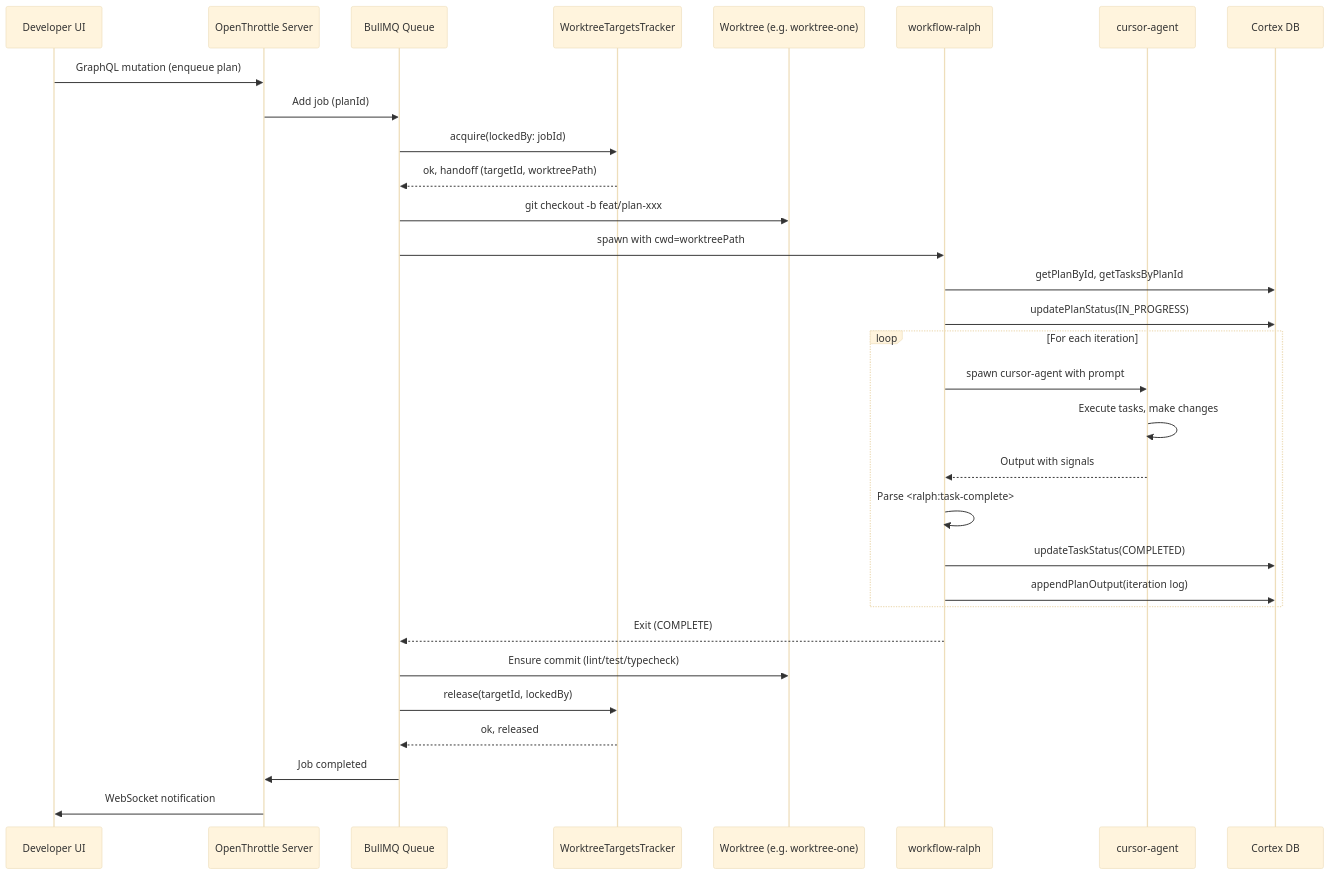
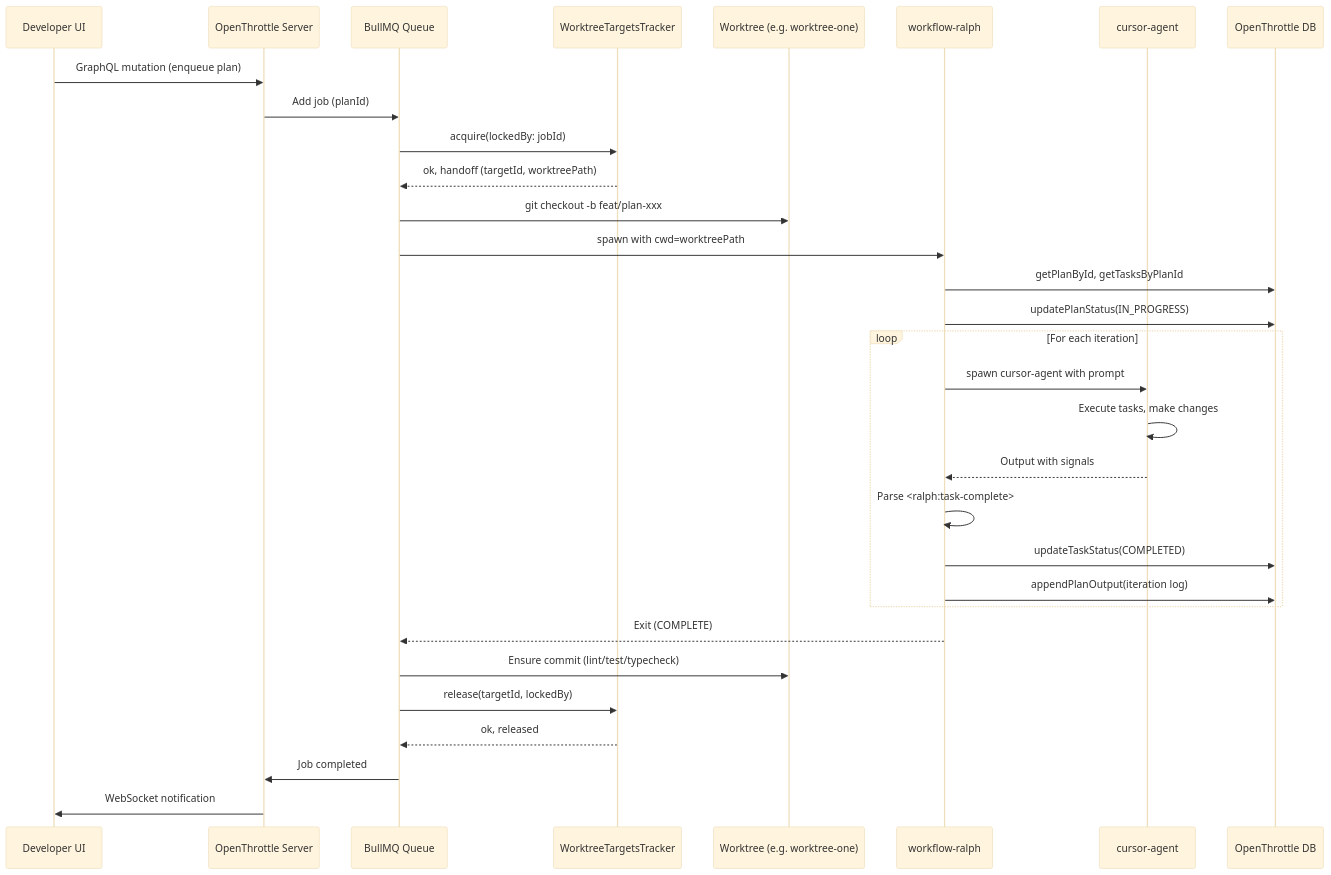
The second of 2 diagrams in docs/workflows/multi-worktree-architecture.md (OpenThrottle/monorepo), drawn with Mermaid (base theme) before and after one commit. The commit also changed other lines of this file and 178 other files, not shown here.

````diff
--- a/docs/workflows/multi-worktree-architecture.md
+++ b/docs/workflows/multi-worktree-architecture.md
@@ -260,39 +260,39 @@
 ```mermaid
 sequenceDiagram
     participant UI as Developer UI
     participant Server as OpenThrottle Server
     participant BullMQ as BullMQ Queue
     participant Tracker as WorktreeTargetsTracker
     participant WT as Worktree (e.g. worktree-one)
     participant Ralph as workflow-ralph
     participant Agent as cursor-agent
-    participant Cortex as Cortex DB
+    participant OpenThrottle as OpenThrottle DB
 
     UI->>Server: GraphQL mutation (enqueue plan)
     Server->>BullMQ: Add job (planId)
     BullMQ->>Tracker: acquire(lockedBy: jobId)
     Tracker-->>BullMQ: ok, handoff (targetId, worktreePath)
 
     BullMQ->>WT: git checkout -b feat/plan-xxx
     BullMQ->>Ralph: spawn with cwd=worktreePath
 
-    Ralph->>Cortex: getPlanById, getTasksByPlanId
-    Ralph->>Cortex: updatePlanStatus(IN_PROGRESS)
+    Ralph->>OpenThrottle: getPlanById, getTasksByPlanId
+    Ralph->>OpenThrottle: updatePlanStatus(IN_PROGRESS)
 
     loop For each iteration
         Ralph->>Agent: spawn cursor-agent with prompt
         Agent->>Agent: Execute tasks, make changes
         Agent-->>Ralph: Output with signals
         Ralph->>Ralph: Parse <ralph:task-complete>
-        Ralph->>Cortex: updateTaskStatus(COMPLETED)
-        Ralph->>Cortex: appendPlanOutput(iteration log)
+        Ralph->>OpenThrottle: updateTaskStatus(COMPLETED)
+        Ralph->>OpenThrottle: appendPlanOutput(iteration log)
     end
 
     Ralph-->>BullMQ: Exit (COMPLETE)
     BullMQ->>WT: Ensure commit (lint/test/typecheck)
     BullMQ->>Tracker: release(targetId, lockedBy)
     Tracker-->>BullMQ: ok, released
 
     BullMQ->>Server: Job completed
     Server->>UI: WebSocket notification
 ```
````
